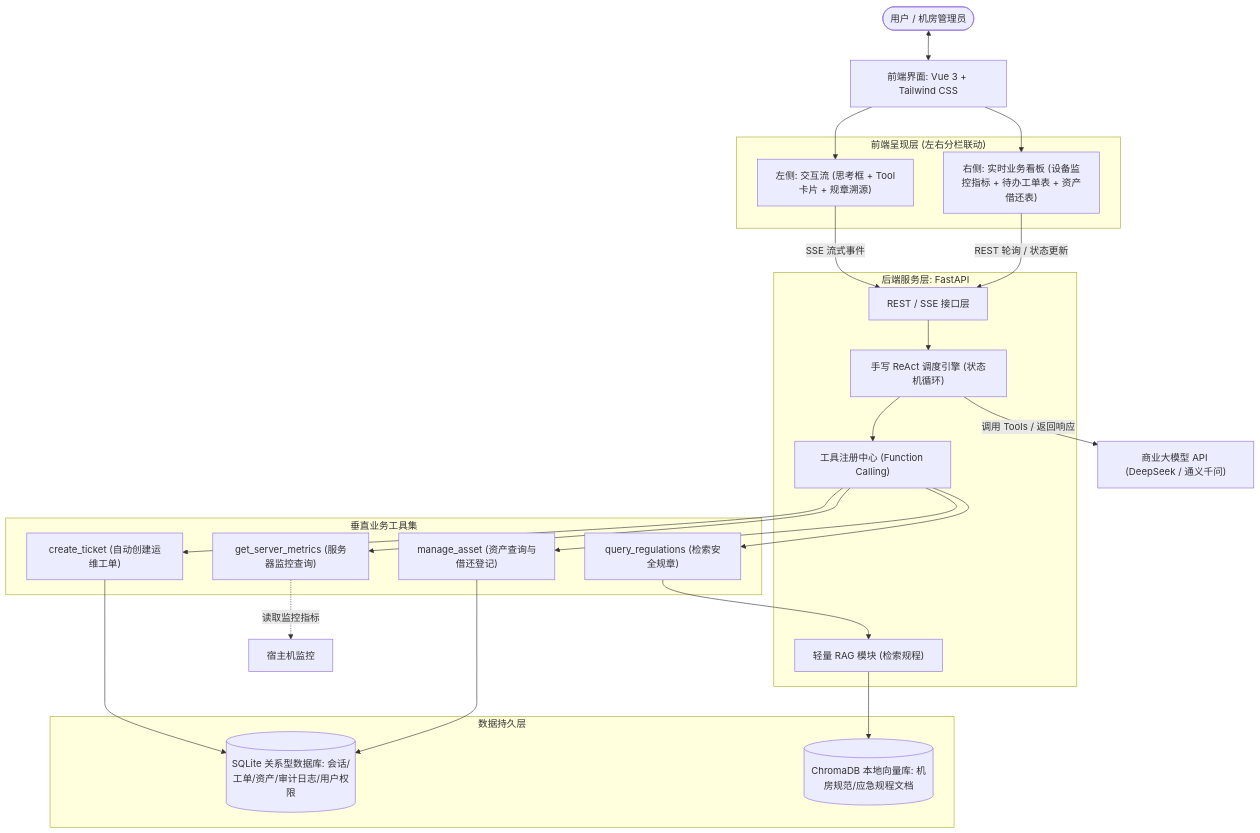
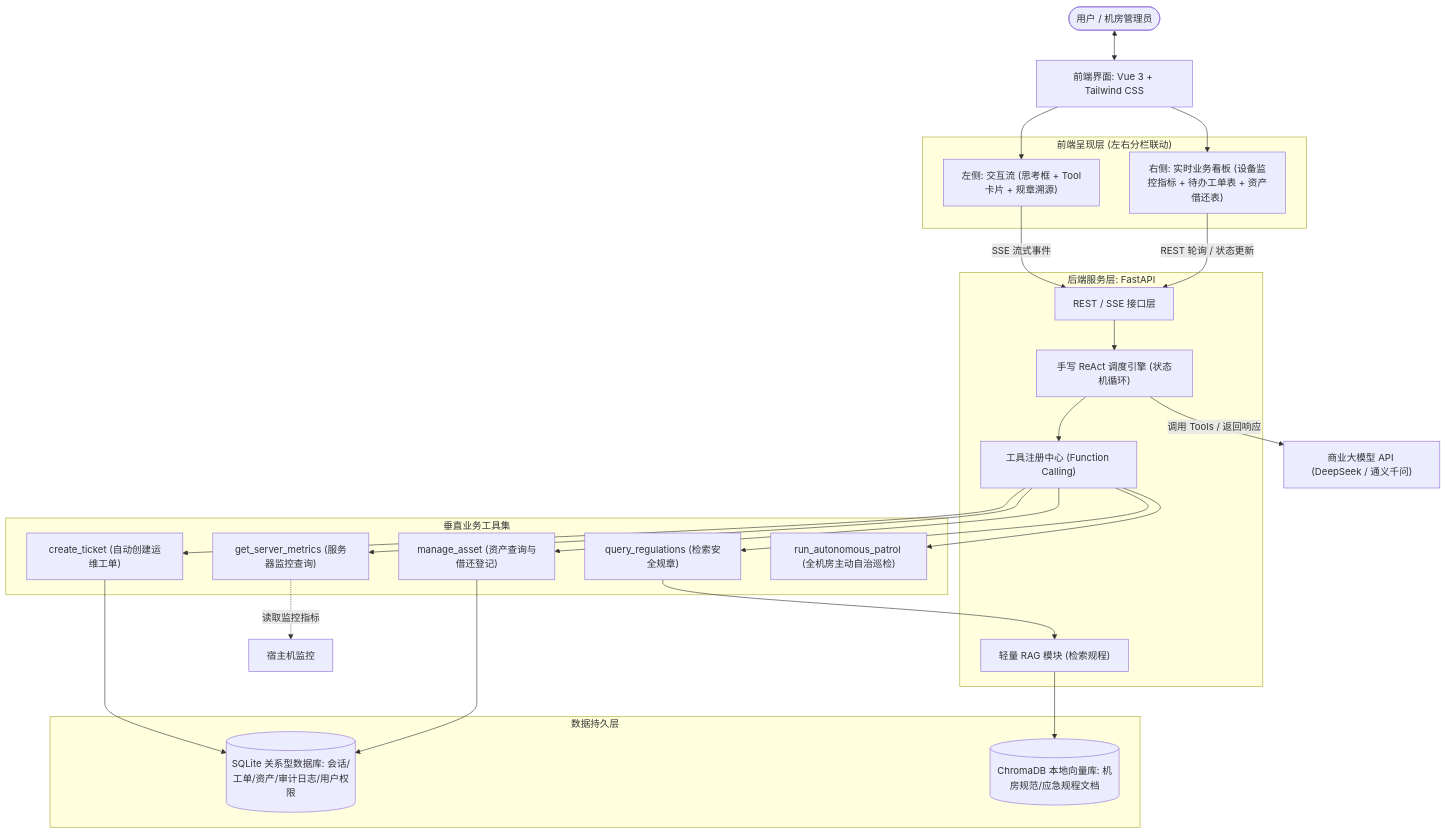
Before and after one commit to idy-Q/LabOps-Agent: the first of 3 diagrams in docs/architecture_and_development_plan.md, drawn with Mermaid. The commit also changed other lines of this file and 44 other files, not shown here.

````diff
--- a/docs/architecture_and_development_plan.md
+++ b/docs/architecture_and_development_plan.md
@@ -27,44 +27,47 @@
 ```mermaid
 graph TD
     User(["用户 / 机房管理员"]) <--> WebUI["前端界面: Vue 3 + Tailwind CSS"]
     
     subgraph Frontend ["前端呈现层 (左右分栏联动)"]
         ChatPanel["左侧: 交互流 (思考框 + Tool卡片 + 规章溯源)"]
         BoardPanel["右侧: 实时业务看板 (设备监控指标 + 待办工单表 + 资产借还表)"]
     end
     WebUI --> ChatPanel
     WebUI --> BoardPanel
 
     subgraph Backend ["后端服务层: FastAPI"]
         API["REST / SSE 接口层"]
         ReActEngine["手写 ReAct 调度引擎 (状态机循环)"]
         ToolsRegistry["工具注册中心 (Function Calling)"]
         RAGModule["轻量 RAG 模块 (检索规程)"]
     end
     ChatPanel -->|SSE 流式事件| API
     BoardPanel -->|REST 轮询 / 状态更新| API
     API --> ReActEngine
     ReActEngine -->|调用 Tools / 返回响应| LLM["商业大模型 API (DeepSeek / 通义千问)"]
     ReActEngine --> ToolsRegistry
 
     subgraph Tools ["垂直业务工具集"]
         T1["get_server_metrics (服务器监控查询)"]
         T2["create_ticket (自动创建运维工单)"]
         T3["manage_asset (资产查询与借还登记)"]
         T4["query_regulations (检索安全规章)"]
+        T5["run_autonomous_patrol (全机房主动自治巡检)"]
     end
     ToolsRegistry --> T1
     ToolsRegistry --> T2
     ToolsRegistry --> T3
     ToolsRegistry --> T4
+    ToolsRegistry --> T5
+
 
     subgraph Storage ["数据持久层"]
         SQLite[("SQLite 关系型数据库: 会话/工单/资产/审计日志/用户权限")]
         ChromaDB[("ChromaDB 本地向量库: 机房规范/应急规程文档")]
     end
     T1 -.->|读取监控指标| HostOS["宿主机监控"]
     T2 --> SQLite
     T3 --> SQLite
     T4 --> RAGModule
     RAGModule --> ChromaDB
 ```
````
